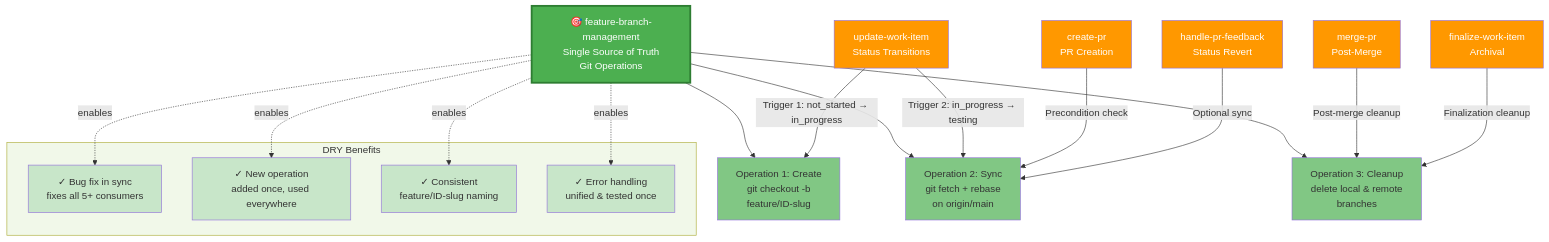
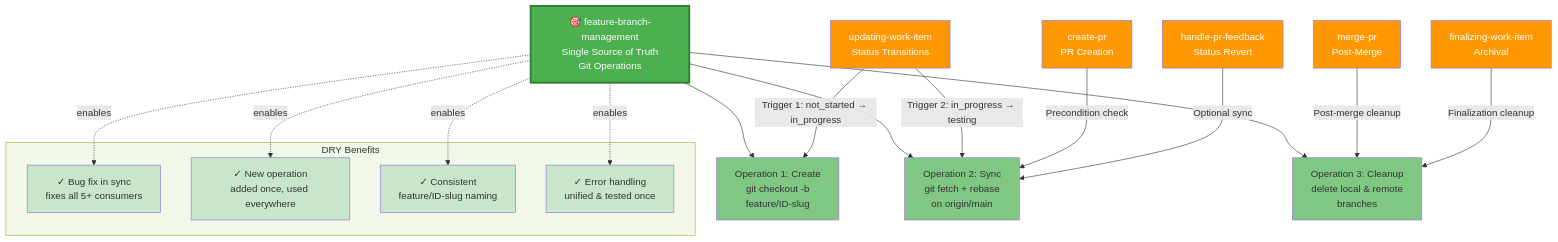
One commit to squirrel289/pax changed the sixth of 8 diagrams in docs/WORK_MANAGEMENT_INTEGRATION.md. Above: the diagram before and after it, drawn with Mermaid. The commit also changed other lines of this file and 29 other files, not shown here.

````diff
--- a/docs/WORK_MANAGEMENT_INTEGRATION.md
+++ b/docs/WORK_MANAGEMENT_INTEGRATION.md
@@ -599,52 +599,52 @@
 ```mermaid
 graph TB
-    BM["🎯 feature-branch-management<br/>Single Source of Truth<br/>Git Operations"] 
-    
+    BM["🎯 feature-branch-management<br/>Single Source of Truth<br/>Git Operations"]
+
     BM_OP1["Operation 1: Create<br/>git checkout -b<br/>feature/ID-slug"]
     BM_OP2["Operation 2: Sync<br/>git fetch + rebase<br/>on origin/main"]
     BM_OP3["Operation 3: Cleanup<br/>delete local & remote<br/>branches"]
-    
+
     BM --> BM_OP1
     BM --> BM_OP2
     BM --> BM_OP3
-    
-    UWI["update-work-item<br/>Status Transitions"]
+
+    UWI["updating-work-item<br/>Status Transitions"]
     CPR["create-pr<br/>PR Creation"]
     MRP["merge-pr<br/>Post-Merge"]
-    FWI["finalize-work-item<br/>Archival"]
+    FWI["finalizing-work-item<br/>Archival"]
     HPF["handle-pr-feedback<br/>Status Revert"]
-    
+
     UWI -->|"Trigger 1: not_started → in_progress"| BM_OP1
     UWI -->|"Trigger 2: in_progress → testing"| BM_OP2
     CPR -->|"Precondition check"| BM_OP2
     MRP -->|"Post-merge cleanup"| BM_OP3
     FWI -->|"Finalization cleanup"| BM_OP3
     HPF -->|"Optional sync"| BM_OP2
-    
+
     subgraph BENEFITS["DRY Benefits"]
         B1["✓ Bug fix in sync<br/>fixes all 5+ consumers"]
         B2["✓ New operation<br/>added once, used everywhere"]
         B3["✓ Consistent<br/>feature/ID-slug naming"]
         B4["✓ Error handling<br/>unified & tested once"]
     end
-    
+
     BM -.->|"enables"| B1
     BM -.->|"enables"| B2
     BM -.->|"enables"| B3
     BM -.->|"enables"| B4
-    
+
     style BM fill:#4caf50,color:#fff,stroke:#2e7d32,stroke-width:3px
     style BM_OP1 fill:#81c784
     style BM_OP2 fill:#81c784
     style BM_OP3 fill:#81c784
     style UWI fill:#ff9800,color:#fff
     style CPR fill:#ff9800,color:#fff
     style MRP fill:#ff9800,color:#fff
     style FWI fill:#ff9800,color:#fff
     style HPF fill:#ff9800,color:#fff
     style BENEFITS fill:#f1f8e9
     style B1 fill:#c8e6c9
     style B2 fill:#c8e6c9
     style B3 fill:#c8e6c9
     style B4 fill:#c8e6c9
 ```
````
